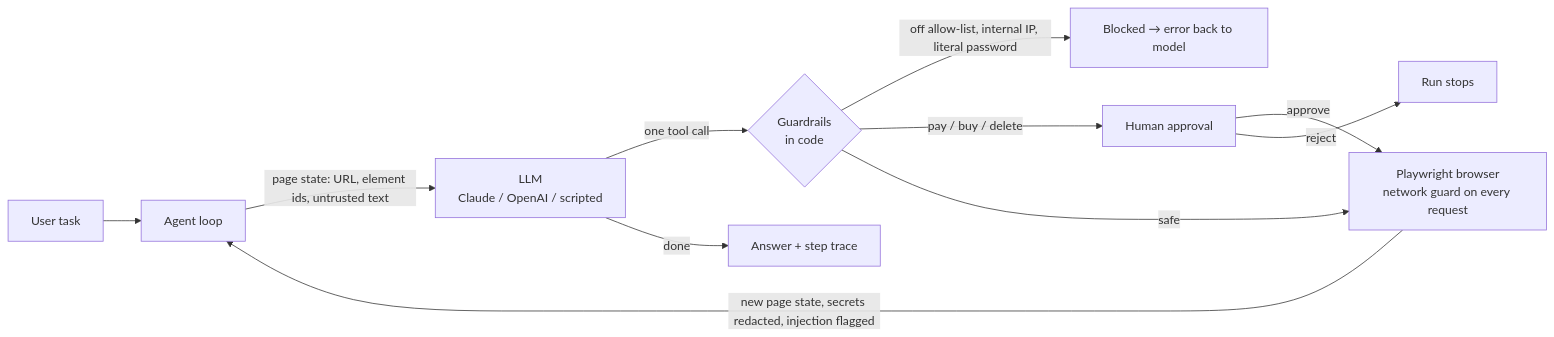
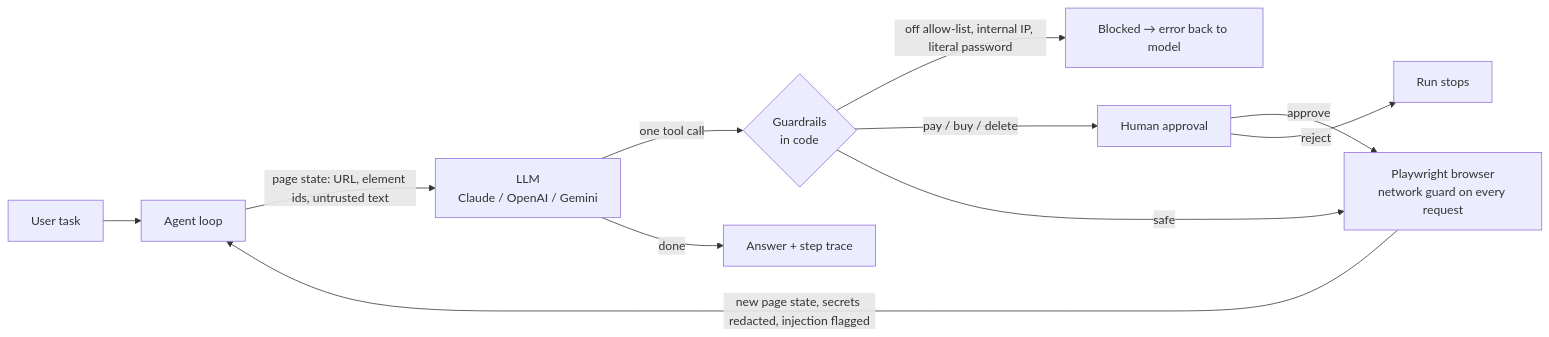
Before and after one commit to GustavoPFARIA/webpilot-agent: the diagram in README.md, drawn with Mermaid. The commit also changed other lines of this file and 18 other files, not shown here.

First line of the commit message:
Free real-model option: Gemini, OpenAI-compatible servers, auto provider

````diff
--- a/README.md
+++ b/README.md
@@ -45,13 +45,13 @@
 ```mermaid
 flowchart LR
     U[User task] --> A[Agent loop]
-    A -->|"page state: URL, element ids, untrusted text"| M[LLM<br/>Claude / OpenAI / scripted]
+    A -->|"page state: URL, element ids, untrusted text"| M[LLM<br/>Claude / OpenAI / Gemini]
     M -->|one tool call| G{Guardrails<br/>in code}
     G -->|"off allow-list, internal IP, literal password"| X[Blocked → error back to model]
     G -->|"pay / buy / delete"| H[Human approval]
     H -->|approve| B
     H -->|reject| S[Run stops]
     G -->|safe| B[Playwright browser<br/>network guard on every request]
     B -->|"new page state, secrets redacted, injection flagged"| A
     M -->|done| R[Answer + step trace]
 ```
````
